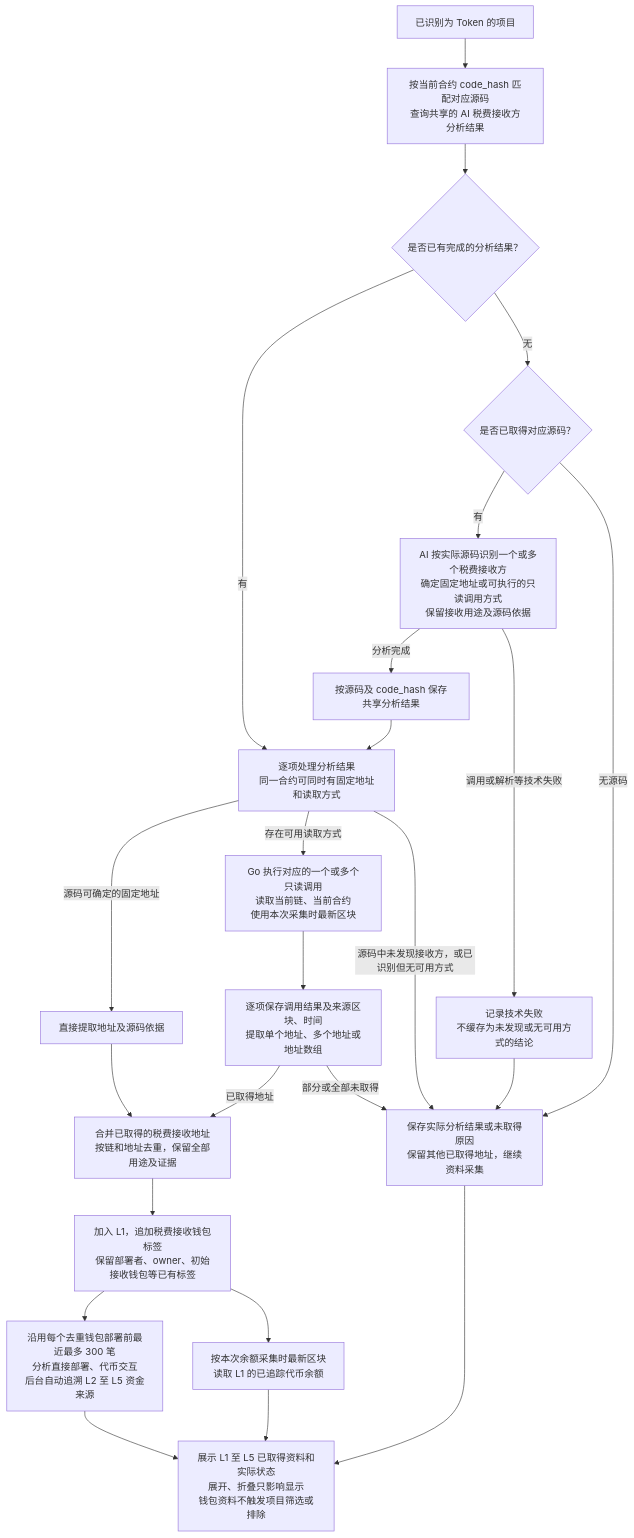
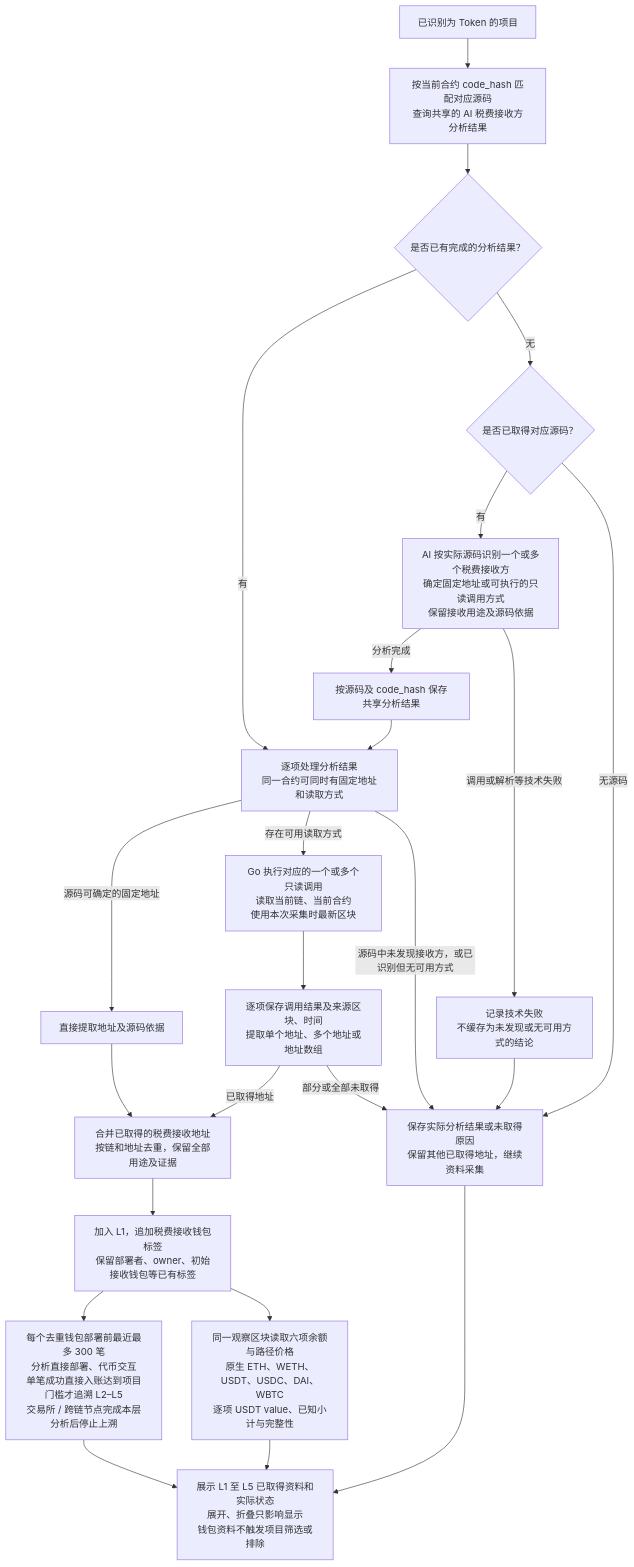
One commit to useryege/athena-o changed the diagram in docs/requirements/token/token-fee-recipient-wallet-flow.md. Above: the diagram before and after it, drawn with Mermaid. The commit also changed other lines of this file and 12 other files, not shown here.

````diff
--- a/docs/requirements/token/token-fee-recipient-wallet-flow.md
+++ b/docs/requirements/token/token-fee-recipient-wallet-flow.md
@@ -19,26 +19,26 @@
 ```mermaid
 flowchart TD
     project["已识别为 Token 的项目"] --> lookup["按当前合约 code_hash 匹配对应源码<br/>查询共享的 AI 税费接收方分析结果"]
     lookup --> cached{"是否已有完成的分析结果？"}
     cached -->|"有"| entries["逐项处理分析结果<br/>同一合约可同时有固定地址和读取方式"]
     cached -->|"无"| source{"是否已取得对应源码？"}
     source -->|"有"| analyze["AI 按实际源码识别一个或多个税费接收方<br/>确定固定地址或可执行的只读调用方式<br/>保留接收用途及源码依据"]
     analyze -->|"分析完成"| save["按源码及 code_hash 保存共享分析结果"]
     save --> entries
     entries -->|"源码可确定的固定地址"| fixed["直接提取地址及源码依据"]
     entries -->|"存在可用读取方式"| read["Go 执行对应的一个或多个只读调用<br/>读取当前链、当前合约<br/>使用本次采集时最新区块"]
     read --> readResult["逐项保存调用结果及来源区块、时间<br/>提取单个地址、多个地址或地址数组"]
     fixed --> merge["合并已取得的税费接收地址<br/>按链和地址去重，保留全部用途及证据"]
     readResult -->|"已取得地址"| merge
     entries -->|"源码中未发现接收方，或已识别但无可用方式"| unavailable["保存实际分析结果或未取得原因<br/>保留其他已取得地址，继续资料采集"]
     source -->|"无源码"| unavailable
     analyze -->|"调用或解析等技术失败"| failed["记录技术失败<br/>不缓存为未发现或无可用方式的结论"]
     failed --> unavailable
     readResult -->|"部分或全部未取得"| unavailable
     merge --> related["加入 L1，追加税费接收钱包标签<br/>保留部署者、owner、初始接收钱包等已有标签"]
-    related --> history["沿用每个去重钱包部署前最近最多 300 笔<br/>分析直接部署、代币交互<br/>后台自动追溯 L2 至 L5 资金来源"]
-    related --> assets["按本次余额采集时最新区块<br/>读取 L1 的已追踪代币余额"]
+    related --> history["每个去重钱包部署前最近最多 300 笔<br/>分析直接部署、代币交互<br/>单笔成功直接入账达到项目门槛才追溯 L2–L5<br/>交易所 / 跨链节点完成本层分析后停止上溯"]
+    related --> assets["同一观察区块读取六项余额与路径价格<br/>原生 ETH、WETH、USDT、USDC、DAI、WBTC<br/>逐项 USDT value、已知小计与完整性"]
     history --> display["展示 L1 至 L5 已取得资料和实际状态<br/>展开、折叠只影响显示<br/>钱包资料不触发项目筛选或排除"]
     assets --> display
     unavailable --> display
 ```
````
